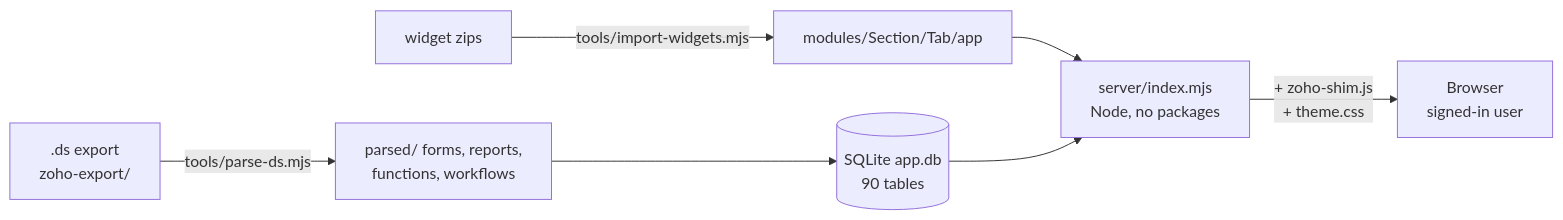
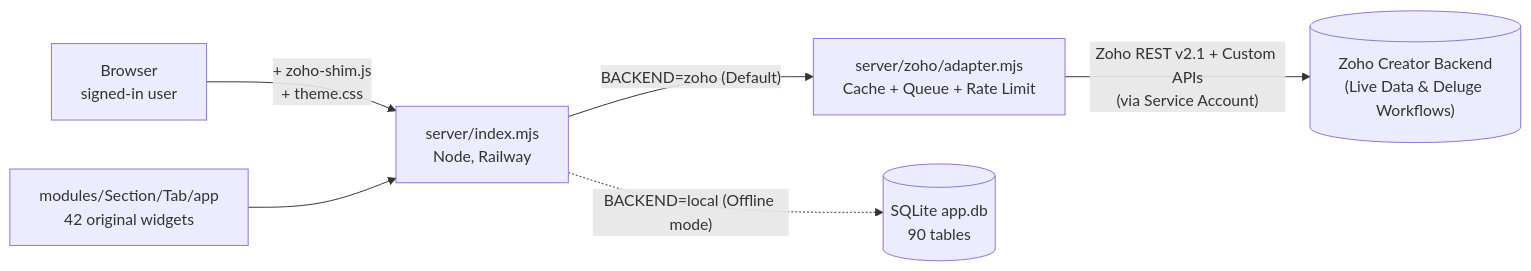
One commit to Yhelie08/Supply-Chain-SystemV2 changed the diagram in vault/Deluge Scripts (Obsidian)/00 - Current System.md. Above: the diagram before and after it, drawn with Mermaid. The commit also changed other lines of this file and 4 other files, not shown here.

````diff
--- a/vault/Deluge Scripts (Obsidian)/00 - Current System.md
+++ b/vault/Deluge Scripts (Obsidian)/00 - Current System.md
@@ -16,9 +16,8 @@
 ```mermaid
 flowchart LR
-    DS[".ds export<br/>zoho-export/"] -->|tools/parse-ds.mjs| SPEC["parsed/ forms, reports,<br/>functions, workflows"]
-    ZIP["widget zips"] -->|tools/import-widgets.mjs| MOD["modules/Section/Tab/app"]
-    SPEC --> DB[("SQLite app.db<br/>90 tables")]
-    MOD --> SRV
-    DB --> SRV["server/index.mjs<br/>Node, no packages"]
-    SRV -->|"+ zoho-shim.js<br/>+ theme.css"| USER["Browser<br/>signed-in user"]
+    USER["Browser<br/>signed-in user"] -->|"+ zoho-shim.js<br/>+ theme.css"| SRV["server/index.mjs<br/>Node, Railway"]
+    MOD["modules/Section/Tab/app<br/>42 original widgets"] --> SRV
+    SRV -->|"BACKEND=zoho (Default)"| ADAPTER["server/zoho/adapter.mjs<br/>Cache + Queue + Rate Limit"]
+    ADAPTER -->|"Zoho REST v2.1 + Custom APIs<br/>(via Service Account)"| ZOHO[("Zoho Creator Backend<br/>(Live Data & Deluge Workflows)")]
+    SRV -.->|"BACKEND=local (Offline mode)"| DB[("SQLite app.db<br/>90 tables")]
 ```
````
